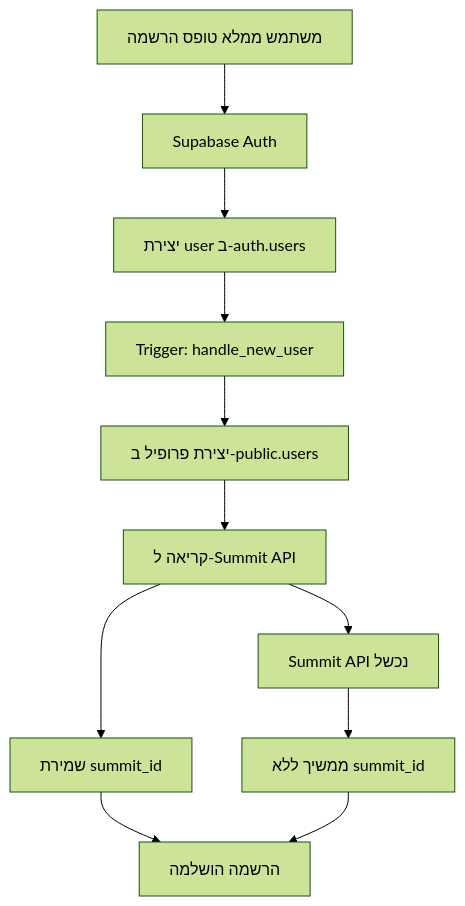
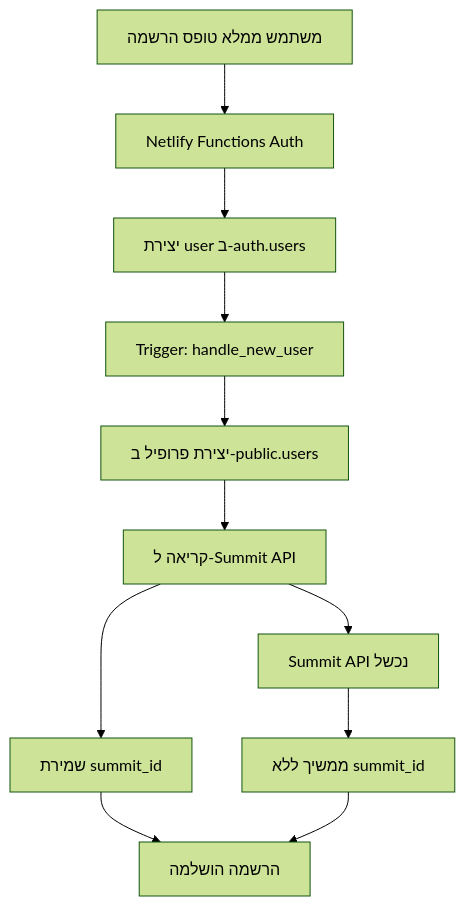
The diagram in PHASE_1_DOCUMENTATION.md (GanonMaor/spectra-salon-website), drawn with Mermaid (forest theme) before and after one commit. The commit also changed other lines of this file and 13 other files, not shown here.

Commit message:
🧹 Clean up: Remove all Supabase references, fully migrate to Neon+Netlify architecture

````diff
--- a/PHASE_1_DOCUMENTATION.md
+++ b/PHASE_1_DOCUMENTATION.md
@@ -142,14 +143,14 @@
 ```mermaid
 graph TD
-    A[משתמש ממלא טופס הרשמה] --> B[Supabase Auth]
+    A[משתמש ממלא טופס הרשמה] --> B[Netlify Functions Auth]
     B --> C[יצירת user ב-auth.users]
     C --> D[Trigger: handle_new_user]
     D --> E[יצירת פרופיל ב-public.users]
     E --> F[קריאה ל-Summit API]
     F --> G[שמירת summit_id]
     G --> H[הרשמה הושלמה]
 
     F --> I[Summit API נכשל]
     I --> J[ממשיך ללא summit_id]
     J --> H
 ```
````
